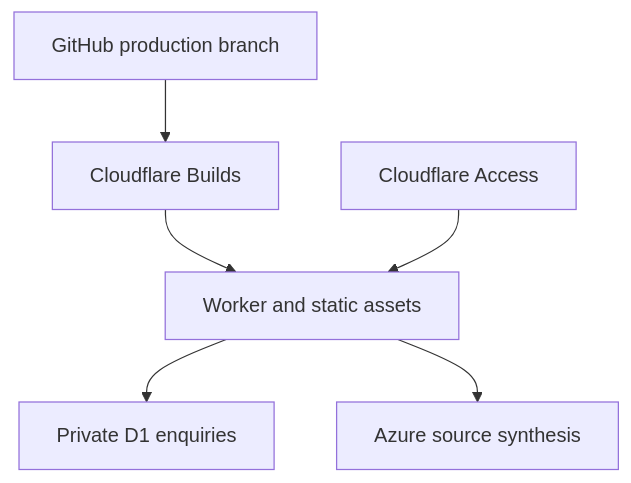
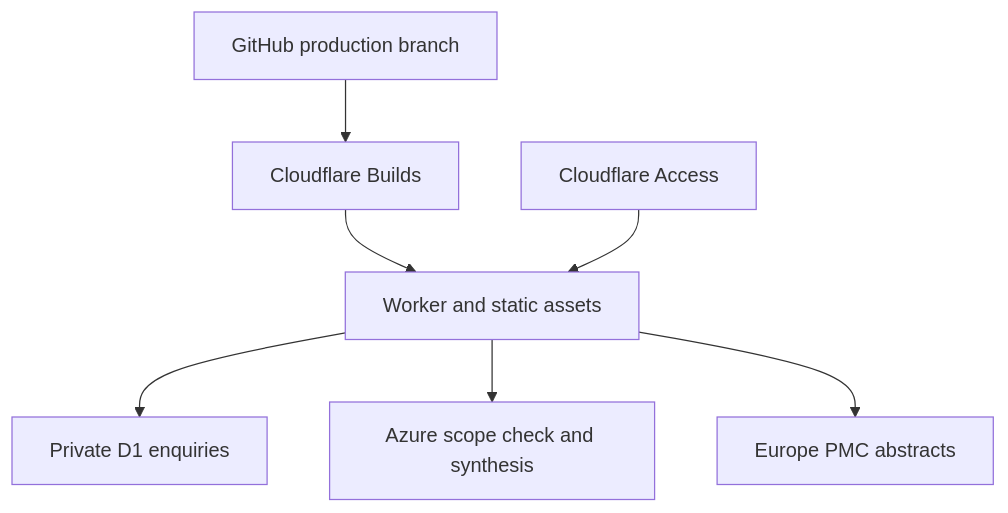
One commit to offflinerpsy/geromtology-ai-lab changed the diagram in README.md. Above: the diagram before and after it, drawn with Mermaid. The commit also changed other lines of this file and 1 other file, not shown here.

````diff
--- a/README.md
+++ b/README.md
@@ -41,8 +41,9 @@
 ```mermaid
 flowchart TD
   G[GitHub production branch] --> B[Cloudflare Builds]
   B --> W[Worker and static assets]
   W --> D[Private D1 enquiries]
-  W --> A[Azure source synthesis]
+  W --> A[Azure scope check and synthesis]
+  W --> E[Europe PMC abstracts]
   C[Cloudflare Access] --> W
 ```
````
